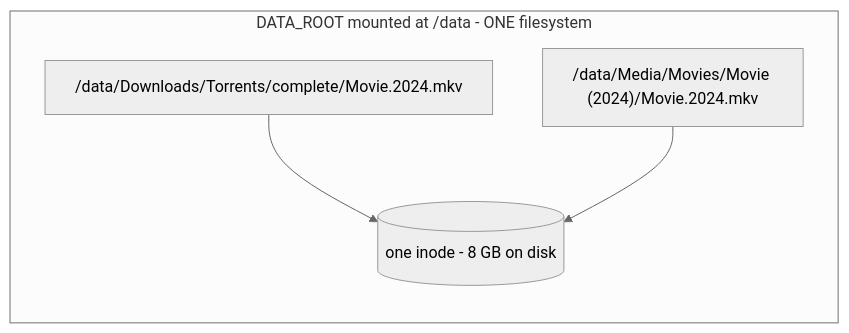
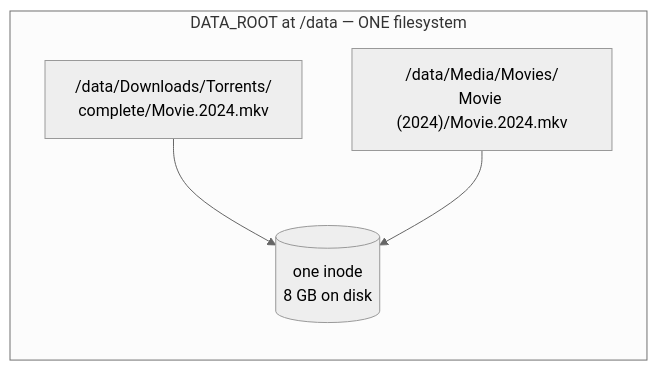
One commit to defessler/Mediarr-Installer changed the third of 7 diagrams in site/content/architecture.md. Above: the diagram before and after it, drawn with Mermaid (neutral theme). The commit also changed other lines of this file and 5 other files, not shown here.

````diff
--- a/site/content/architecture.md
+++ b/site/content/architecture.md
@@ -96,12 +97,12 @@
 ```mermaid
 flowchart TB
-  subgraph vol["DATA_ROOT mounted at /data - ONE filesystem"]
+  subgraph vol["DATA_ROOT at /data — ONE filesystem"]
     direction TB
-    t["/data/Downloads/Torrents/complete/Movie.2024.mkv"]
-    m["/data/Media/Movies/Movie (2024)/Movie.2024.mkv"]
-    inode[("one inode - 8 GB on disk")]
+    t["/data/Downloads/Torrents/<br/>complete/Movie.2024.mkv"]
+    m["/data/Media/Movies/<br/>Movie (2024)/Movie.2024.mkv"]
+    inode[("one inode<br/>8 GB on disk")]
   end
 
   t --> inode
   m --> inode
 ```
````
